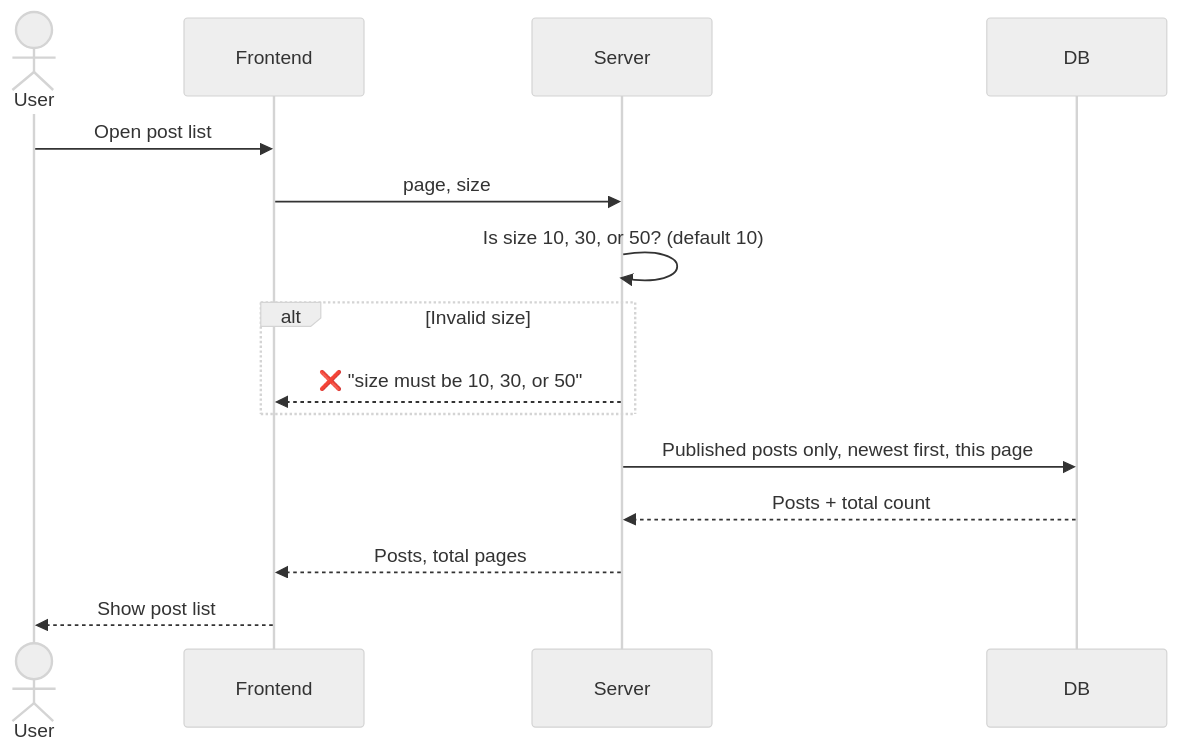
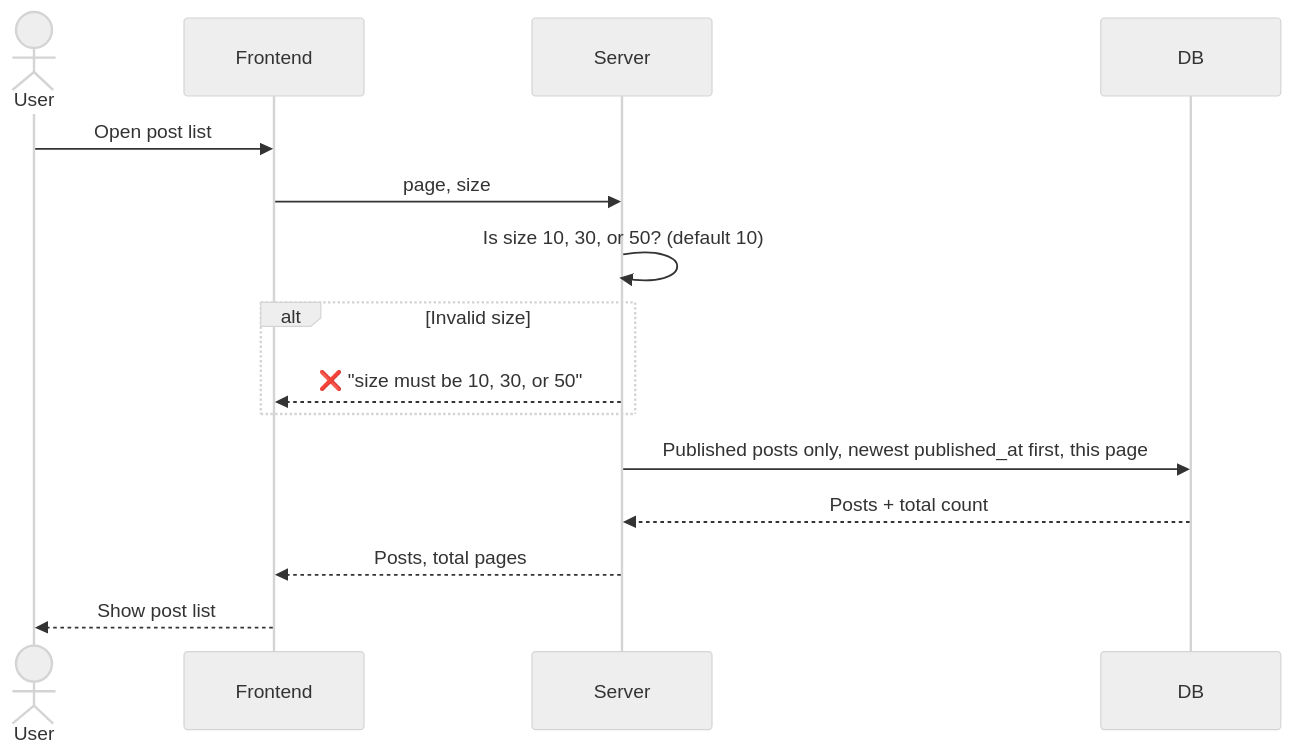
One commit to yhan0704/blogBackend changed the fourth of 7 diagrams in docs/sequence-diagrams/post.md. Above: the diagram before and after it, drawn with Mermaid (neutral theme). The commit also changed other lines of this file and 2 other files, not shown here.

Commit message:
docs: hide others' drafts everywhere, add my posts, sort by published_at

````diff
--- a/docs/sequence-diagrams/post.md
+++ b/docs/sequence-diagrams/post.md
@@ -105,18 +109,18 @@
 ```mermaid
 sequenceDiagram
     actor User
     participant Frontend
     participant Server
     participant DB
 
     User->>Frontend: Open post list
     Frontend->>Server: page, size
     Server->>Server: Is size 10, 30, or 50? (default 10)
     alt Invalid size
         Server-->>Frontend: ❌ "size must be 10, 30, or 50"
     end
-    Server->>DB: Published posts only, newest first, this page
+    Server->>DB: Published posts only, newest published_at first, this page
     DB-->>Server: Posts + total count
     Server-->>Frontend: Posts, total pages
     Frontend-->>User: Show post list
 ```
````
